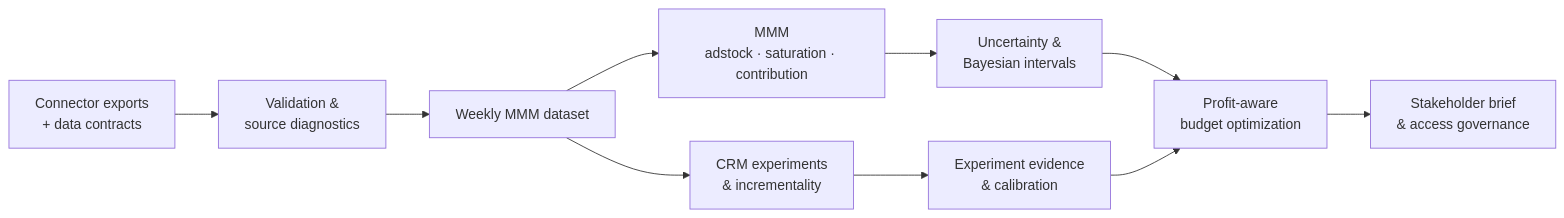
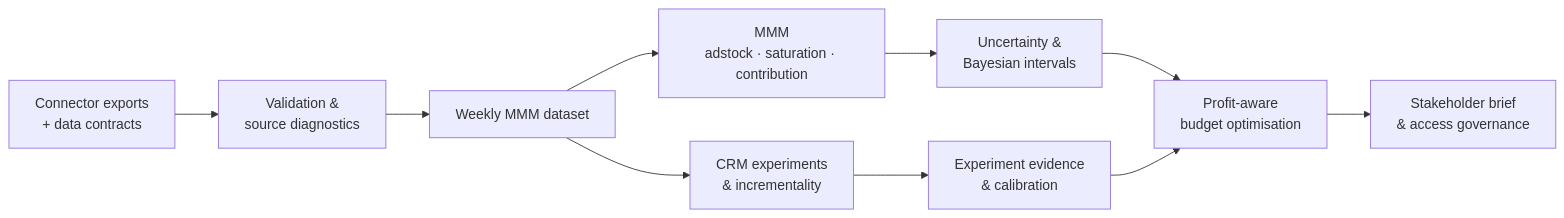
Before and after one commit to rosscyking1115/marketing-effectiveness-lab: the diagram in README.md, drawn with Mermaid. The commit also changed other lines of this file and 18 other files, not shown here.

````diff
--- a/README.md
+++ b/README.md
@@ -43,12 +42,12 @@
 ```mermaid
 flowchart LR
   A[Connector exports<br/>+ data contracts] --> B[Validation &<br/>source diagnostics]
   B --> C[Weekly MMM dataset]
   C --> D[MMM<br/>adstock · saturation · contribution]
   C --> E[CRM experiments<br/>& incrementality]
   D --> F[Uncertainty &<br/>Bayesian intervals]
   E --> G[Experiment evidence<br/>& calibration]
-  F --> H[Profit-aware<br/>budget optimization]
+  F --> H[Profit-aware<br/>budget optimisation]
   G --> H
   H --> I[Stakeholder brief<br/>& access governance]
 ```
````
